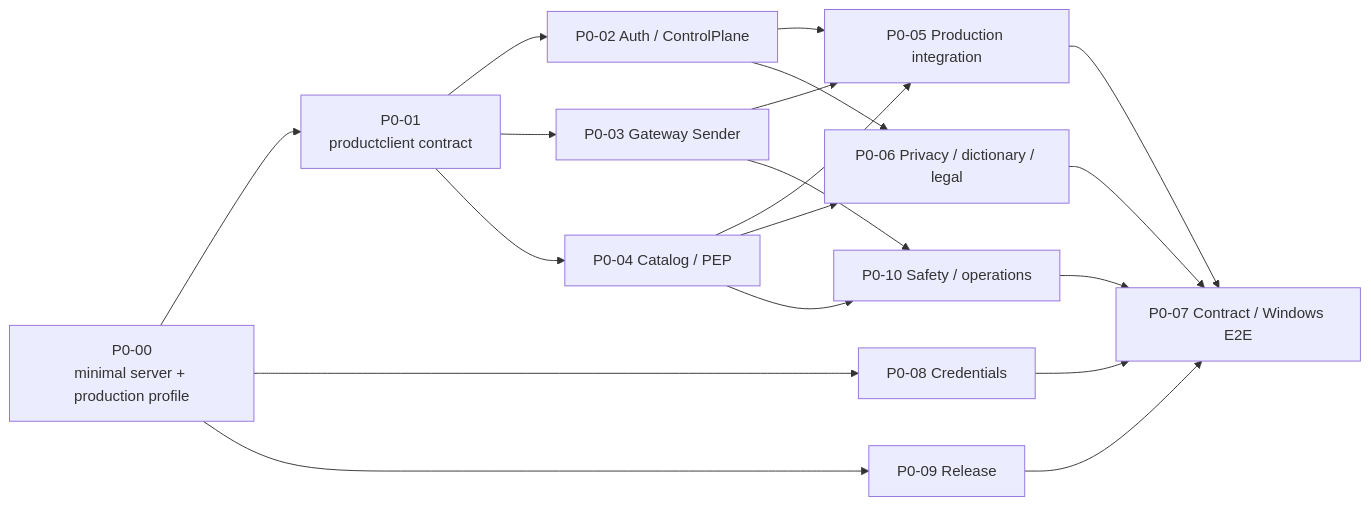
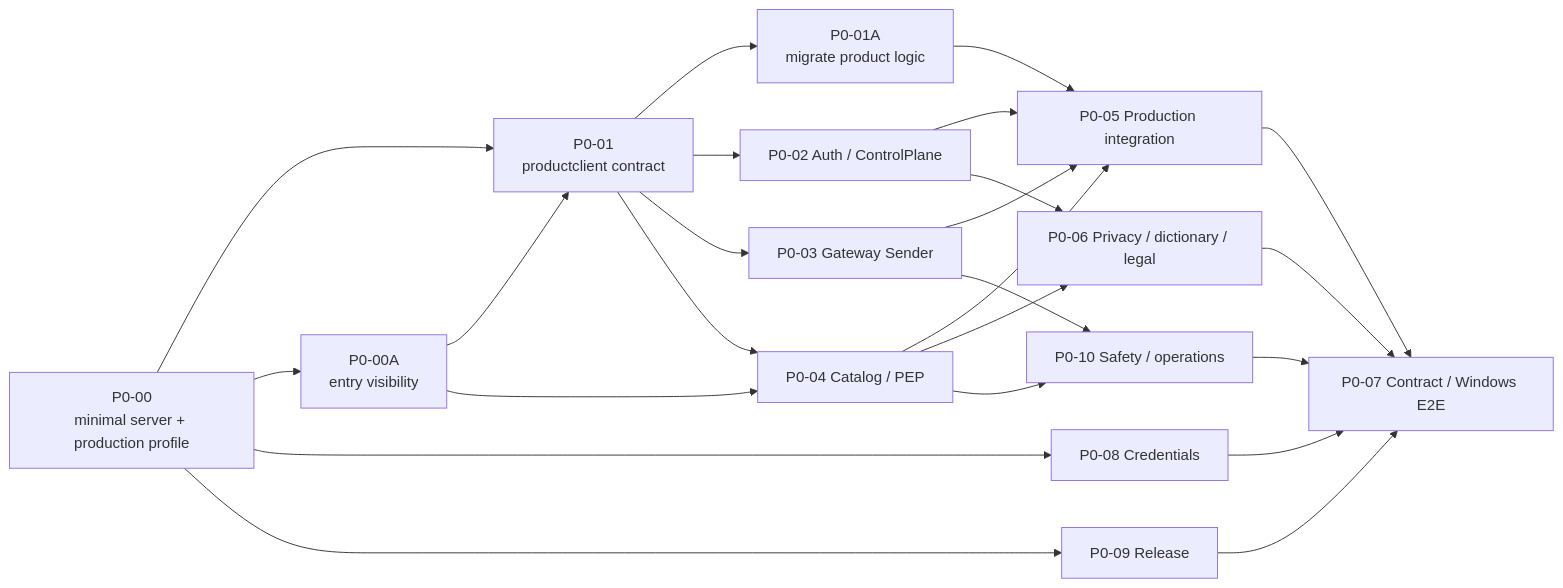
The second of 2 diagrams in dev-docs-usdable/需求/20260909/P0-正式服务与Agent演进/README.md (USDAble/buding-box-client), drawn with Mermaid before and after one commit. The commit also changed other lines of this file and 73 other files, not shown here.

````diff
--- a/dev-docs-usdable/需求/20260909/P0-正式服务与Agent演进/README.md
+++ b/dev-docs-usdable/需求/20260909/P0-正式服务与Agent演进/README.md
@@ -63,21 +67,26 @@
 ```mermaid
 flowchart LR
     Z[P0-00<br/>minimal server + production profile] --> A[P0-01<br/>productclient contract]
+    Z --> ZA[P0-00A<br/>entry visibility]
+    ZA --> A
+    A --> AA[P0-01A<br/>migrate product logic]
     A --> B[P0-02 Auth / ControlPlane]
     A --> C[P0-03 Gateway Sender]
     A --> D[P0-04 Catalog / PEP]
+    ZA --> D
     Z --> H[P0-08 Credentials]
     Z --> I[P0-09 Release]
     B --> E[P0-05 Production integration]
     C --> E
     D --> E
+    AA --> E
     B --> F[P0-06 Privacy / dictionary / legal]
     D --> F
     C --> J[P0-10 Safety / operations]
     D --> J
     E --> G[P0-07 Contract / Windows E2E]
     F --> G
     H --> G
     I --> G
     J --> G
 ```
````
